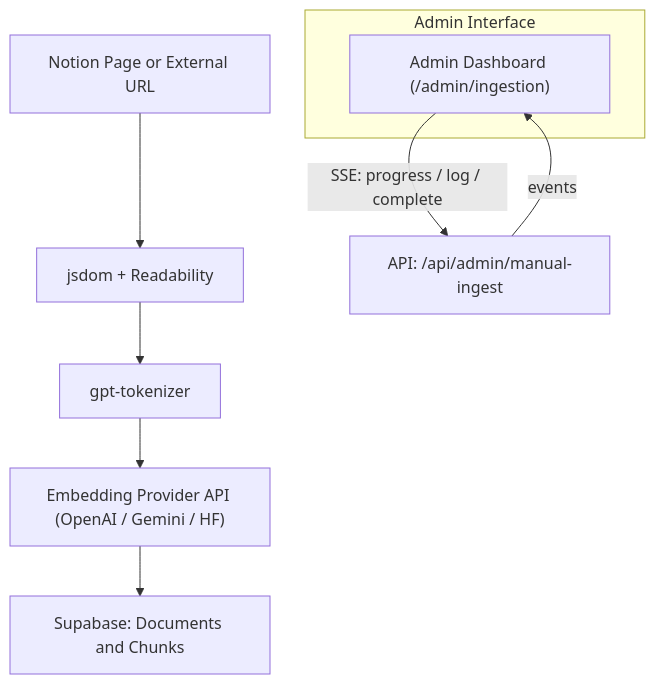
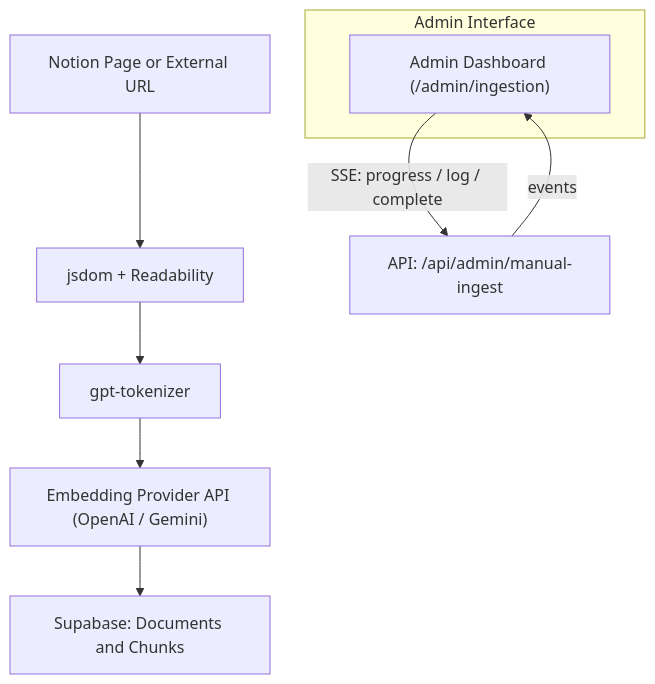
The third of 3 diagrams in readme.md (jack-h-park/nextjs-react-notion-x), drawn with Mermaid before and after one commit. The commit also changed other lines of this file and 12 other files, not shown here.

````diff
--- a/readme.md
+++ b/readme.md
@@ -325,14 +322,14 @@
 ```mermaid
   flowchart TD
   A["Notion Page or External URL"] --> B["jsdom + Readability"];
   B --> C["gpt-tokenizer"];
-  C --> D["Embedding Provider API (OpenAI / Gemini / HF)"];
+  C --> D["Embedding Provider API (OpenAI / Gemini)"];
   D --> E["Supabase: Documents and Chunks"];
 
   subgraph "Admin Interface"
     F["Admin Dashboard (/admin/ingestion)"];
   end
 
   F -- "SSE: progress / log / complete" --> G["API: /api/admin/manual-ingest"];
   G -- "events" --> F;
 ```
````
